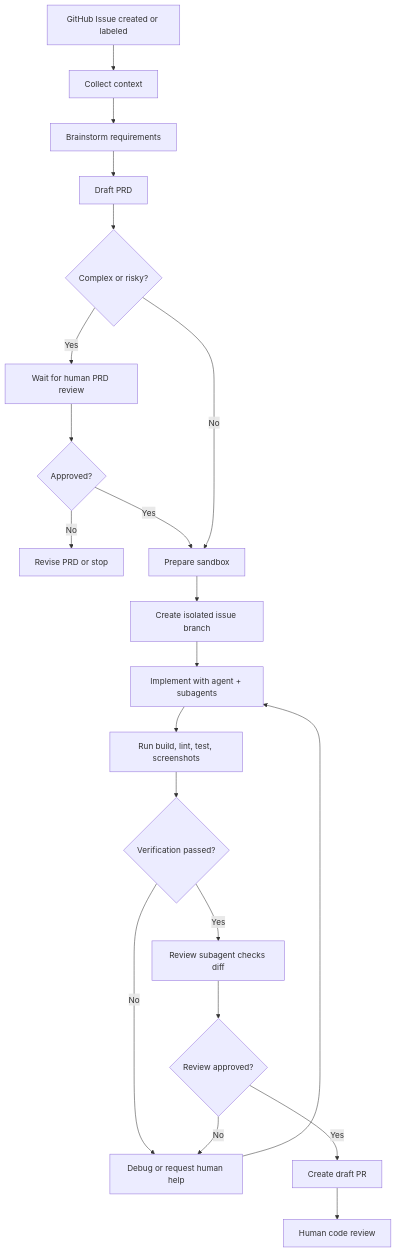
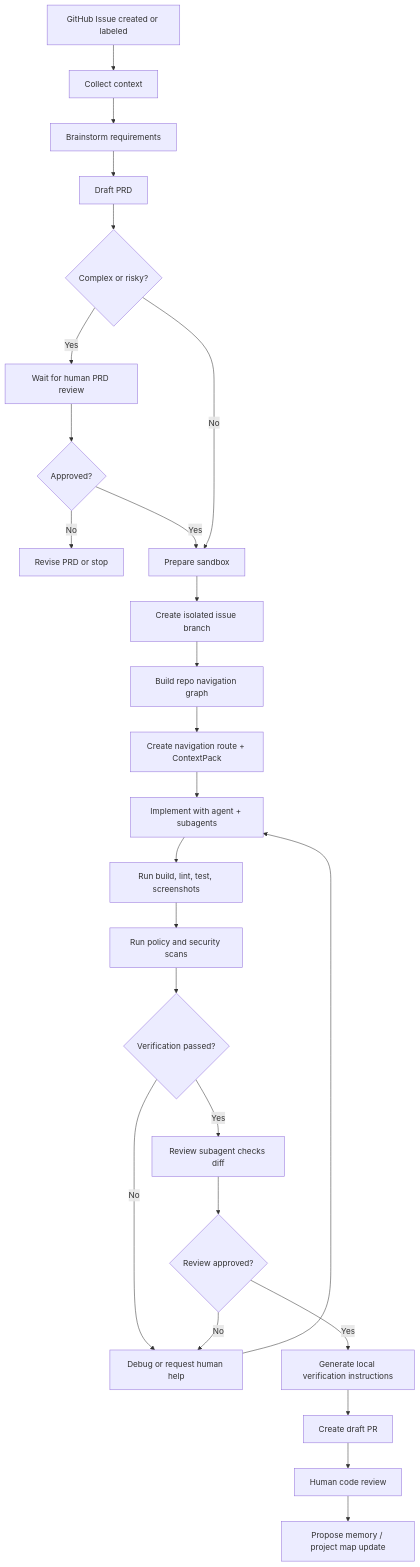
Before and after one commit to JASON-QWeb/CodeZero: the diagram in docs/WORKFLOW_BLUEPRINT.md, drawn with Mermaid. The commit also changed other lines of this file and 77 other files, not shown here.

````diff
--- a/docs/WORKFLOW_BLUEPRINT.md
+++ b/docs/WORKFLOW_BLUEPRINT.md
@@ -5,23 +5,28 @@
 ```mermaid
 flowchart TD
   A["GitHub Issue created or labeled"] --> B["Collect context"]
   B --> C["Brainstorm requirements"]
   C --> D["Draft PRD"]
   D --> E{"Complex or risky?"}
   E -->|Yes| F["Wait for human PRD review"]
   F --> G{"Approved?"}
   G -->|No| H["Revise PRD or stop"]
   G -->|Yes| I["Prepare sandbox"]
   E -->|No| I
   I --> Q["Create isolated issue branch"]
-  Q --> J["Implement with agent + subagents"]
+  Q --> U["Build repo navigation graph"]
+  U --> V["Create navigation route + ContextPack"]
+  V --> J["Implement with agent + subagents"]
   J --> K["Run build, lint, test, screenshots"]
-  K --> L{"Verification passed?"}
+  K --> W["Run policy and security scans"]
+  W --> L{"Verification passed?"}
   L -->|No| M["Debug or request human help"]
   M --> J
   L -->|Yes| R["Review subagent checks diff"]
   R --> S{"Review approved?"}
   S -->|No| M
-  S -->|Yes| N["Create draft PR"]
+  S -->|Yes| T["Generate local verification instructions"]
+  T --> N["Create draft PR"]
   N --> O["Human code review"]
+  O --> P["Propose memory / project map update"]
 ```
````
